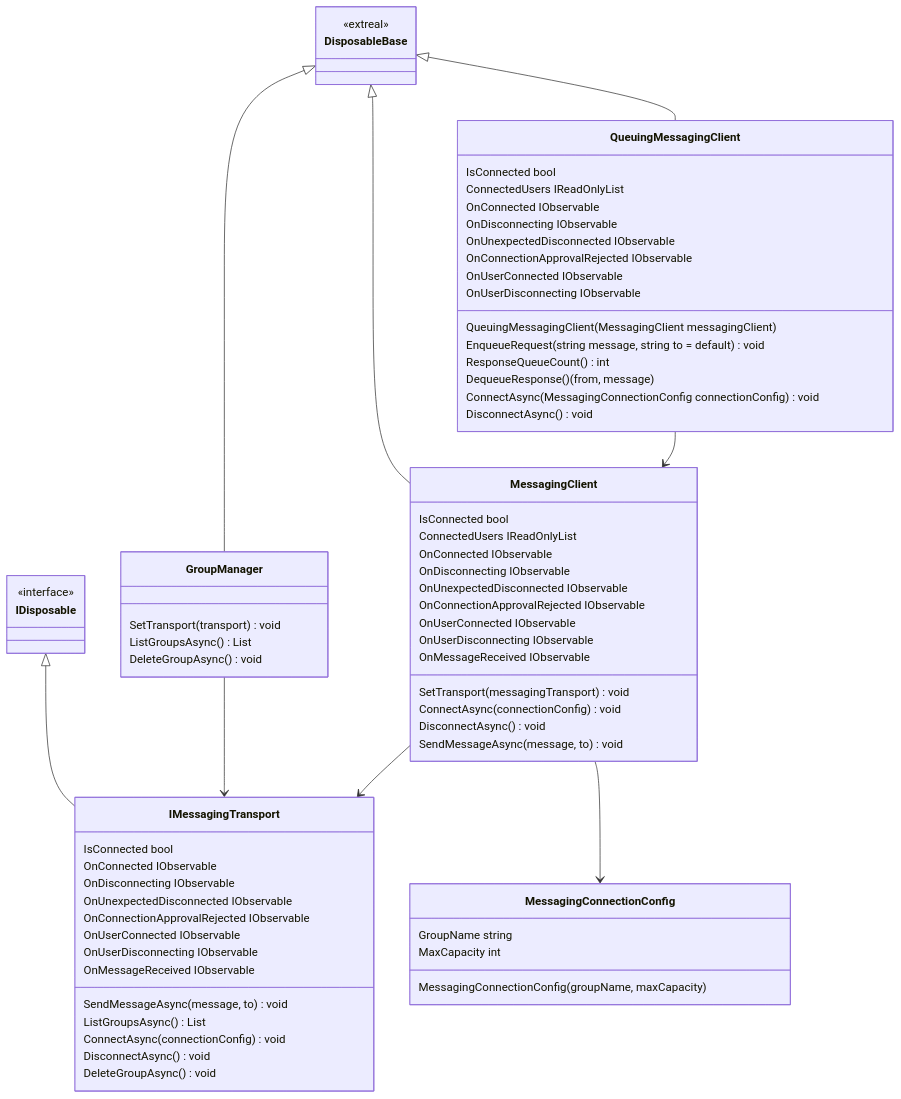
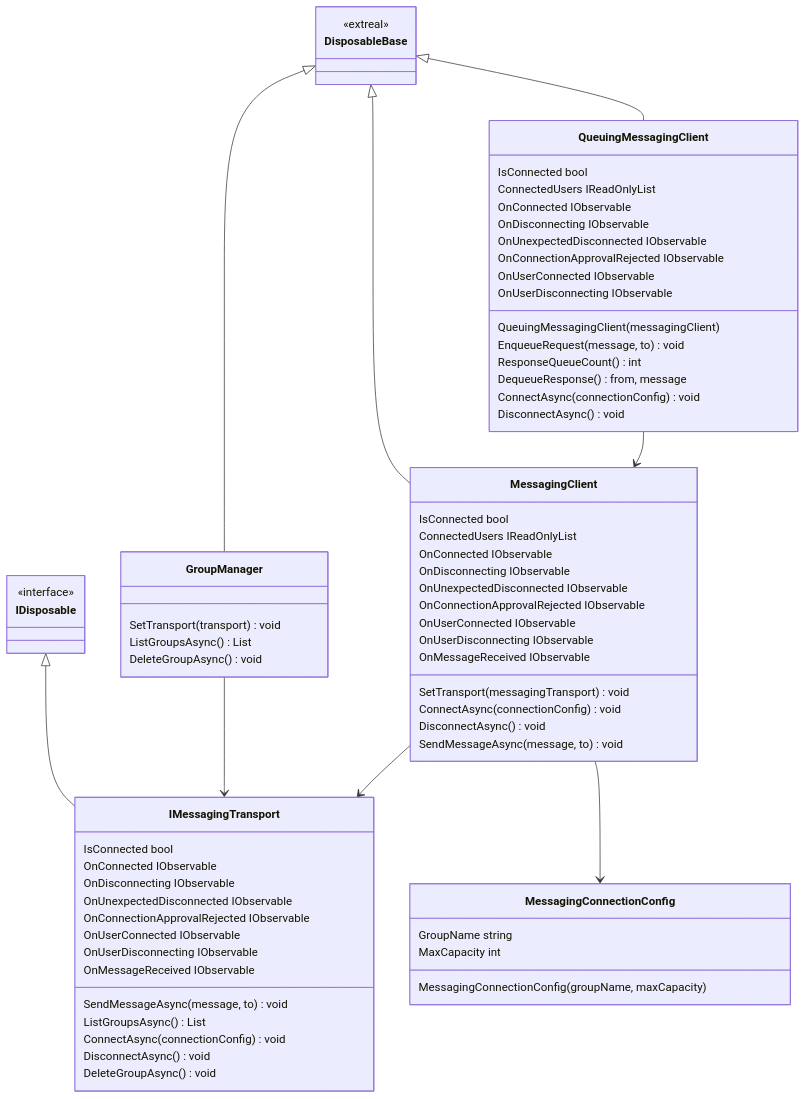
One commit to extreal-dev/Extreal.Guide changed the diagram in docs/integration/messaging.common.md. Above: the diagram before and after it, drawn with Mermaid. The commit also changed other lines of this file, not shown here.

Commit message:
Finish adding Messaging.Common

```diff
--- a/docs/integration/messaging.common.md
+++ b/docs/integration/messaging.common.md
@@ -32,6 +41,12 @@
     MessagingClient --> IMessagingTransport
     MessagingClient --> MessagingConnectionConfig
     QueuingMessagingClient --> MessagingClient
+
+    class GroupManager {
+        SetTransport(transport) void
+        ListGroupsAsync() List
+        DeleteGroupAsync() void
+    }
     
     class MessagingClient {
         IsConnected bool
@@ -74,12 +89,6 @@
         MessagingConnectionConfig(groupName, maxCapacity)
     }
 
-    class GroupManager {
-        SetTransport(transport) void
-        ListGroupsAsync() List
-        DeleteGroupAsync() void
-    }
-
     class QueuingMessagingClient {
         IsConnected bool
         ConnectedUsers IReadOnlyList
@@ -90,11 +99,11 @@
         OnUserConnected IObservable
         OnUserDisconnecting IObservable
 
-        QueuingMessagingClient(MessagingClient messagingClient)
-        EnqueueRequest(string message, string to = default) void
+        QueuingMessagingClient(messagingClient)
+        EnqueueRequest(message, to) void
         ResponseQueueCount() int
-        DequeueResponse() (from, message)
-        ConnectAsync(MessagingConnectionConfig connectionConfig) void
+        DequeueResponse() from, message
+        ConnectAsync(connectionConfig) void
         DisconnectAsync() void
     }
     
```
